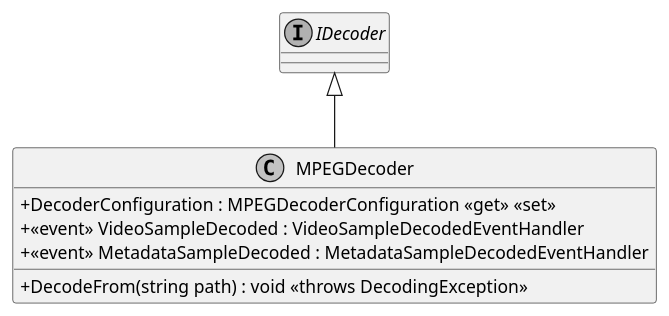
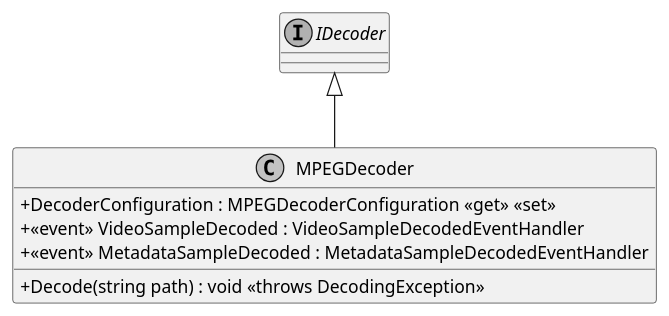
One commit to insightmind/MORR changed the diagram in documents/sd/plantuml/application/Core/MORR/Data/Transcoding/WinAPI/MPEGDecoder.puml. Above: the diagram before and after it, drawn with PlantUML. The commit also changed 16 other files, not shown here.

```diff
--- a/documents/sd/plantuml/application/Core/MORR/Data/Transcoding/WinAPI/MPEGDecoder.puml
+++ b/documents/sd/plantuml/application/Core/MORR/Data/Transcoding/WinAPI/MPEGDecoder.puml
@@ -1,15 +1,15 @@
 @startuml
 skinparam monochrome true
 skinparam classAttributeIconSize 0
 
 interface IDecoder
 
 class MPEGDecoder {
-    + DecodeFrom(string path) : void <<throws DecodingException>>
+    + Decode(string path) : void <<throws DecodingException>>
     + DecoderConfiguration : MPEGDecoderConfiguration <<get>> <<set>>
     + <<event>> VideoSampleDecoded : VideoSampleDecodedEventHandler 
     + <<event>> MetadataSampleDecoded : MetadataSampleDecodedEventHandler 
 }
 
 IDecoder <|-- MPEGDecoder
 @enduml
```
